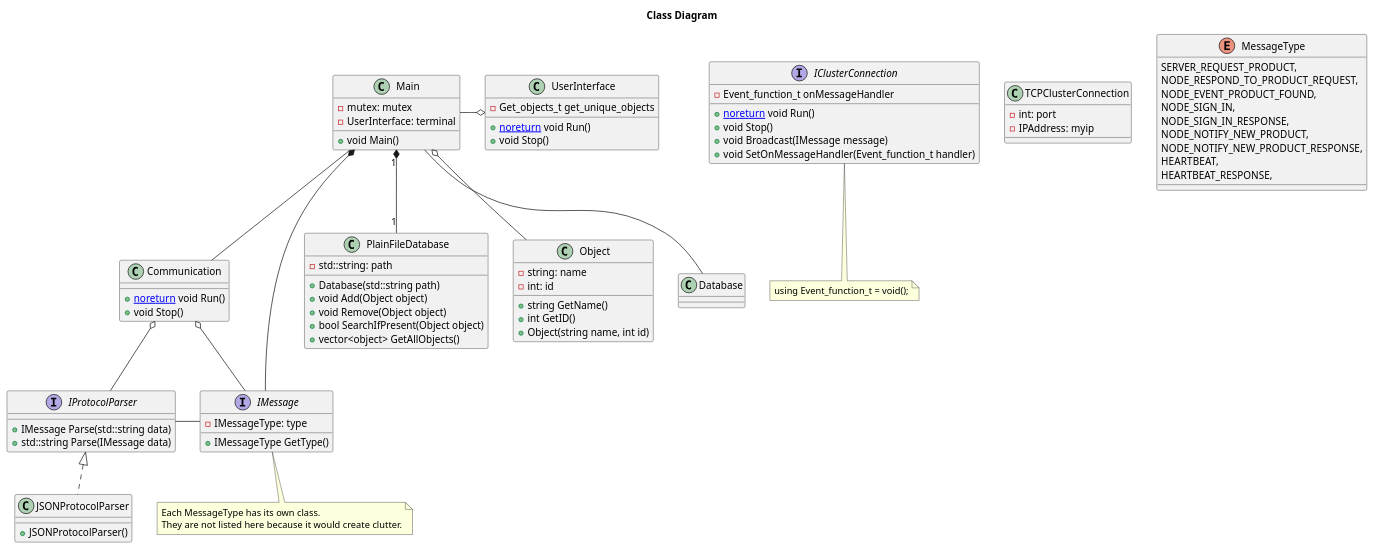
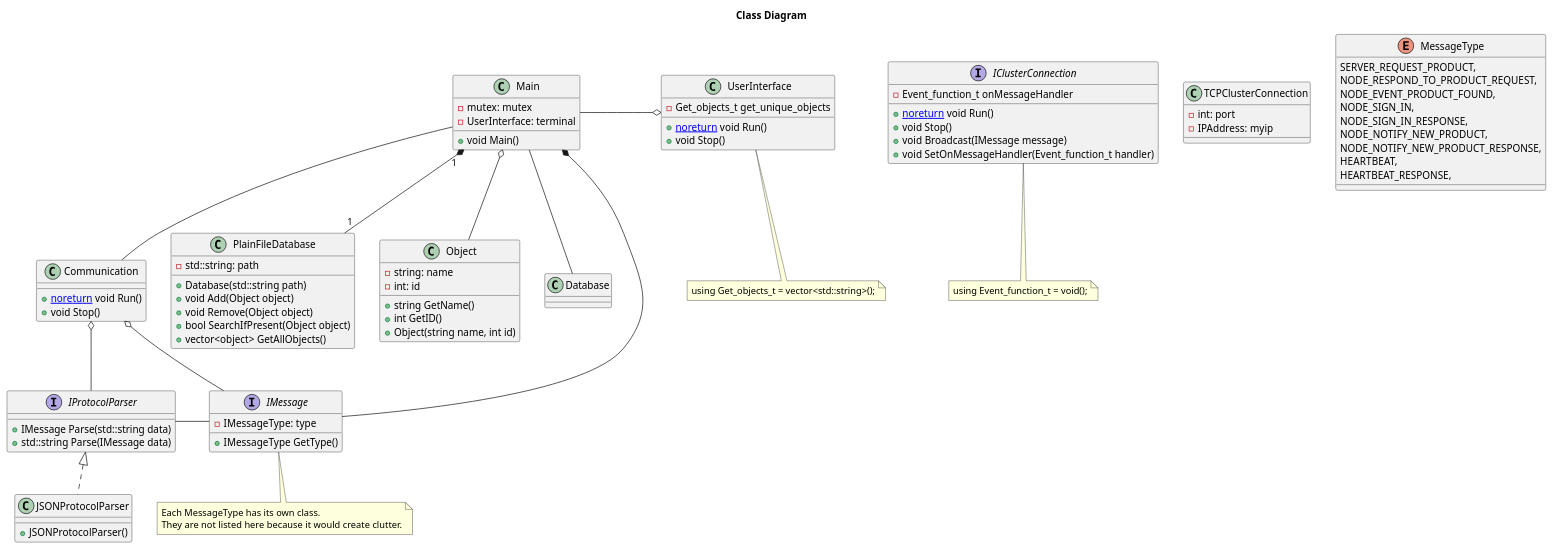
Before and after one commit to T3-FindIt/FindIt: the diagram in Designs/Server Design/Design.wsd, drawn with PlantUML.

Commit message:
Finalized UI class notes

```diff
--- a/Designs/Server Design/Design.wsd
+++ b/Designs/Server Design/Design.wsd
@@ -1,125 +1,129 @@
 @startuml ClassDiagram
 Title Class Diagram
 
 Class Communication
 {
     {method} + [[noreturn]] void Run()
     {method} + void Stop()
 }
 
 ' using Event_function_t = void();
 interface IClusterConnection
 {
     {field} - Event_function_t onMessageHandler
     {method} + [[noreturn]] void Run()
     {method} + void Stop()
     {method} + void Broadcast(IMessage message)
     ' {method} + void Send(IMessage message, IPAdress myip)
     {method} + void SetOnMessageHandler(Event_function_t handler)
 }
 
 note bottom of IClusterConnection
 using Event_function_t = void();
 end note
 
 class TCPClusterConnection
 {
     {field} - int: port
     {field} - IPAddress: myip
 }
 
 Class PlainFileDatabase
 {
     {field} - std::string: path
     {method} + Database(std::string path)
     {method} + void Add(Object object)
     {method} + void Remove(Object object)
     {method} + bool SearchIfPresent(Object object)
     {method} + vector<object> GetAllObjects()
 }
 
 Class Object
 {
     {field} - string: name
     {field} - int: id
     {method} + string GetName()
     {method} + int GetID()
     {method} + Object(string name, int id)
 }
 
 enum MessageType
 {
     SERVER_REQUEST_PRODUCT,
     NODE_RESPOND_TO_PRODUCT_REQUEST,
     NODE_EVENT_PRODUCT_FOUND,
     NODE_SIGN_IN,
     NODE_SIGN_IN_RESPONSE,
     NODE_NOTIFY_NEW_PRODUCT,
     NODE_NOTIFY_NEW_PRODUCT_RESPONSE,
     HEARTBEAT,
     HEARTBEAT_RESPONSE,
 }
 
 interface IMessage
 {
     {field} - IMessageType: type
     {method} + IMessageType GetType()
 }
 
 note bottom of IMessage
 Each MessageType has its own class.
 They are not listed here because it would create clutter.
 end note
 
 interface IProtocolParser
 {
     {method} + IMessage Parse(std::string data)
     {method} + std::string Parse(IMessage data)
 }
 
 Class JSONProtocolParser
 {
     {method} + JSONProtocolParser()
 }
 
 Class UserInterface
 {
     {field} - Get_objects_t get_unique_objects
     {method} + [[noreturn]] void Run()
     {method} + void Stop()
 }
 
+note bottom of UserInterface
+using Get_objects_t = vector<std::string>();
+end note
+
 Class Main
 {
     {field} - mutex: mutex
     {field} - UserInterface: terminal
     {method} + void Main()
 }
 
 Main "1" *-- "1" PlainFileDatabase
 
 ' EMPTY CLASSES
 ' END OF EMPYY CLASSES
 
 Main -o UserInterface
 Main o-- Object
 Main -- Database
 Main -- Communication
 Main *-- IMessage
 Communication o-- IMessage
 IProtocolParser <|.. JSONProtocolParser
 IProtocolParser - IMessage
 Communication o-- IProtocolParser
 
 ' Controller "1" o-- "1" WiFiHandler
 ' Controller "1" o-- "1" IMasterSlave
 ' Controller "1" o-- "1" JsonBuilder
 ' Controller "1" o-down- "1" IDipSwitch
 ' Controller "1" o-- "1" WebSocketHandler
 
 ' WiFiHandler "1" o-- "1" WiFiData
 ' WebSocketHandler "1" o-- "1" WebsocketData
 
 ' See if we should separate WebSocket & WiFi
 ' object opslaan als JSON objecten?
 @enduml
```
